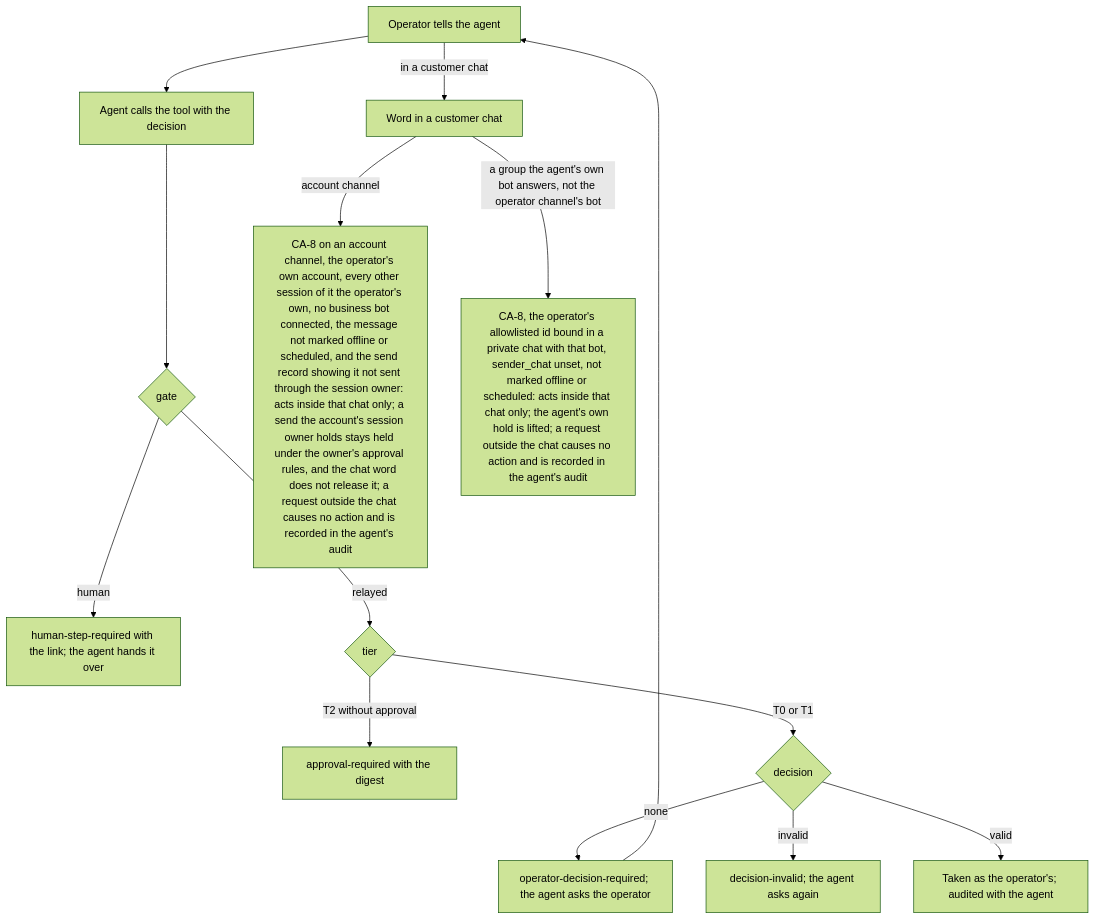
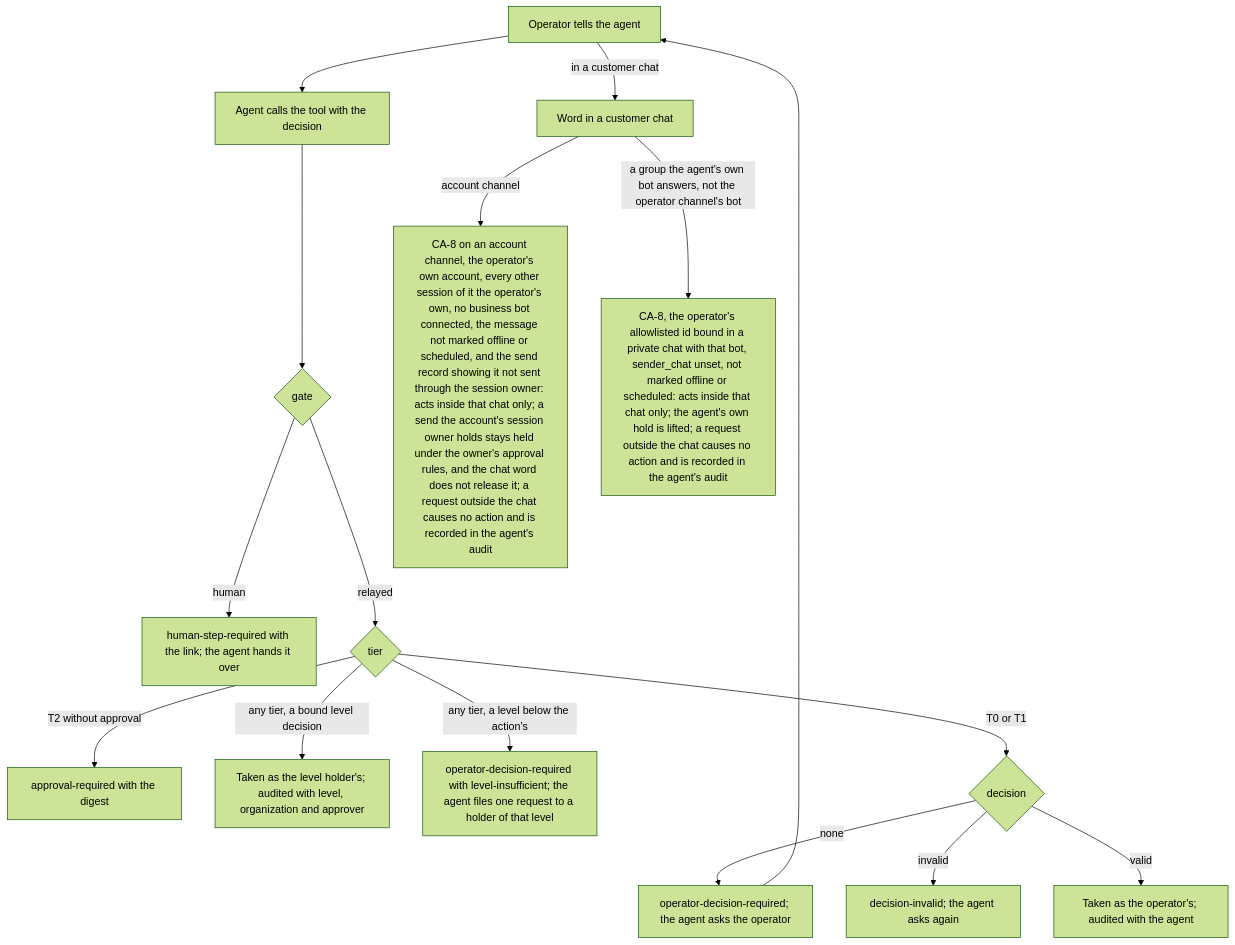
Diagram 29 of 34 in docs/ux/flows.md (passioncode-ai/fabric-agent-contract), drawn with Mermaid (forest theme) before and after one commit. The commit also changed 26 other files, not shown here.

Commit message:
DEC-0162 round 2 folded: levels/1 gates the level form, an action's level operator (client keys), the hub's audience check open, board holds the operator's, L1 the owner's, SCN-060 on P-02 with FLW-29 and SCR-30 level branches, landing checks that discriminate

````diff
--- a/docs/ux/flows.md
+++ b/docs/ux/flows.md
@@ -749,16 +749,18 @@
 ```mermaid
 flowchart TD
   O[Operator tells the agent] --> C[Agent calls the tool with the decision]
   C --> G{gate}
   G -->|human| H[human-step-required with the link; the agent hands it over]
   G -->|relayed| T{tier}
   T -->|T2 without approval| A[approval-required with the digest]
+  T -->|any tier, a bound level decision| L[Taken as the level holder's; audited with level, organization and approver]
+  T -->|any tier, a level below the action's| N[operator-decision-required with level-insufficient; the agent files one request to a holder of that level]
   T -->|T0 or T1| D{decision}
   D -->|none| Q[operator-decision-required; the agent asks the operator]
   Q --> O
   D -->|invalid| I[decision-invalid; the agent asks again]
   D -->|valid| R[Taken as the operator's; audited with the agent]
   O -->|in a customer chat| W[Word in a customer chat]
   W -->|account channel| K[CA-8 on an account channel, the operator's own account, every other session of it the operator's own, no business bot connected, the message not marked offline or scheduled, and the send record showing it not sent through the session owner: acts inside that chat only; a send the account's session owner holds stays held under the owner's approval rules, and the chat word does not release it; a request outside the chat causes no action and is recorded in the agent's audit]
   W -->|a group the agent's own bot answers, not the operator channel's bot| B[CA-8, the operator's allowlisted id bound in a private chat with that bot, sender_chat unset, not marked offline or scheduled: acts inside that chat only; the agent's own hold is lifted; a request outside the chat causes no action and is recorded in the agent's audit]
 ```
````
